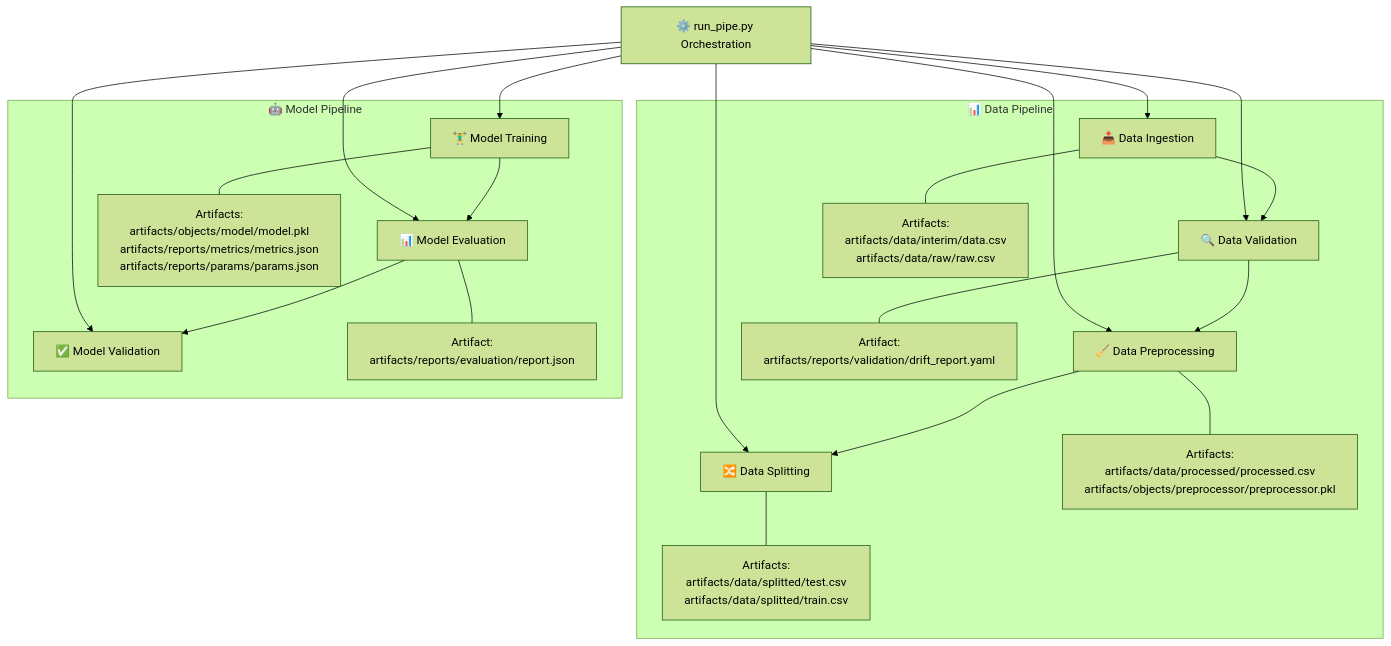
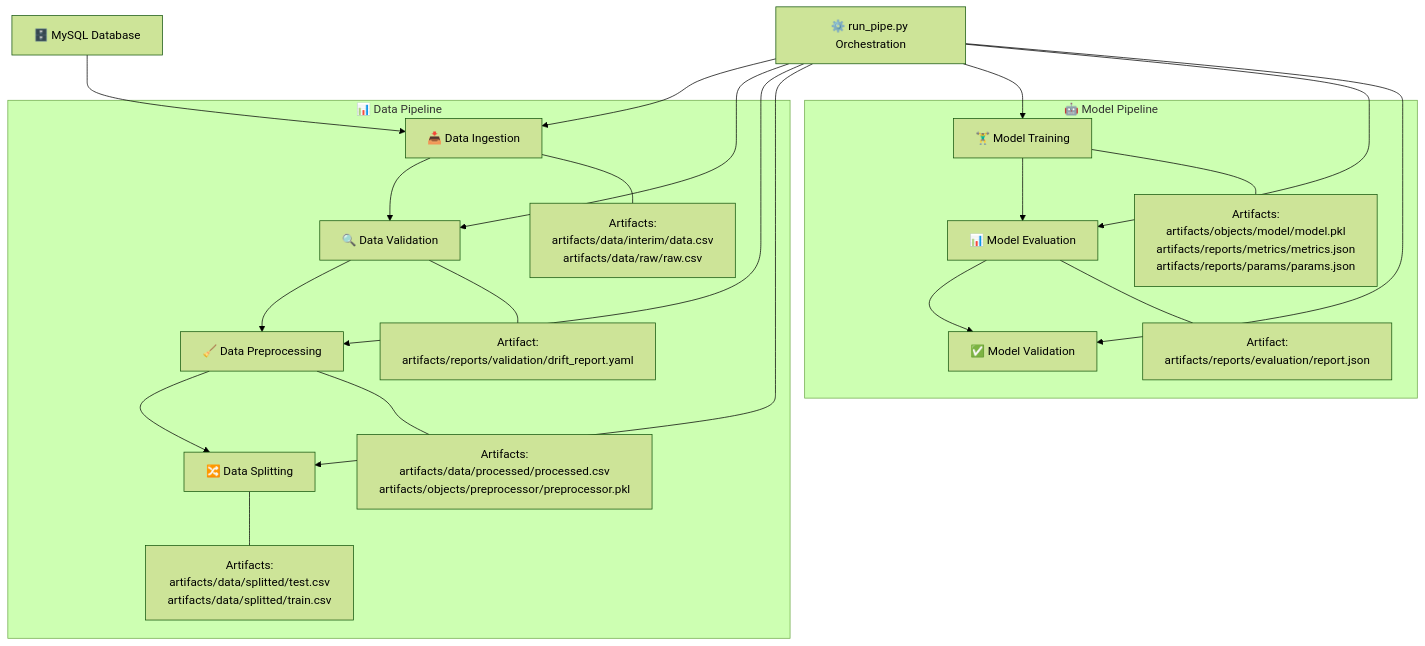
The diagram in README.md (mateen-mk/Hotel-Booking-Cancellation), drawn with Mermaid (forest theme) before and after one commit.

Commit message:
README.md updated

````diff
--- a/README.md
+++ b/README.md
@@ -157,54 +157,61 @@
 ```mermaid
 flowchart TD
+    %% Input Node for Data Ingestion
+    DB["🗄️ MySQL Database"]
+
     %% Data Pipeline Subgraph
     subgraph "📊 Data Pipeline"
-      A1[📥 Data Ingestion]
-      A2[🔍 Data Validation]
-      A3[🧹 Data Preprocessing]
-      A4[🔀 Data Splitting]
+      A1["📥 Data Ingestion"]
+      A2["🔍 Data Validation"]
+      A3["🧹 Data Preprocessing"]
+      A4["🔀 Data Splitting"]
       
       %% Artifacts for Data Pipeline
-      A1a[Artifacts:<br>artifacts/data/interim/data.csv<br>artifacts/data/raw/raw.csv]
-      A2a[Artifact:<br>artifacts/reports/validation/drift_report.yaml]
-      A3a[Artifacts:<br>artifacts/data/processed/processed.csv<br>artifacts/objects/preprocessor/preprocessor.pkl]
-      A4a[Artifacts:<br>artifacts/data/splitted/test.csv<br>artifacts/data/splitted/train.csv]
+      A1a["Artifacts:<br>artifacts/data/interim/data.csv<br>artifacts/data/raw/raw.csv"]
+      A2a["Artifact:<br>artifacts/reports/validation/drift_report.yaml"]
+      A3a["Artifacts:<br>artifacts/data/processed/processed.csv<br>artifacts/objects/preprocessor/preprocessor.pkl"]
+      A4a["Artifacts:<br>artifacts/data/splitted/test.csv<br>artifacts/data/splitted/train.csv"]
       
       A1 --> A2
       A2 --> A3
       A3 --> A4
       
       A1 --- A1a
       A2 --- A2a
       A3 --- A3a
       A4 --- A4a
     end
 
     %% Model Pipeline Subgraph
     subgraph "🤖 Model Pipeline"
-      B1[🏋️‍♂️ Model Training]
-      B2[📊 Model Evaluation]
-      B3[✅ Model Validation]
+      B1["🏋️‍♂️ Model Training"]
+      B2["📊 Model Evaluation"]
+      B3["✅ Model Validation"]
       
       %% Artifacts for Model Pipeline
-      B1a[Artifacts:<br>artifacts/objects/model/model.pkl<br>artifacts/reports/metrics/metrics.json<br>artifacts/reports/params/params.json]
-      B2a[Artifact:<br>artifacts/reports/evaluation/report.json]
+      B1a["Artifacts:<br>artifacts/objects/model/model.pkl<br>artifacts/reports/metrics/metrics.json<br>artifacts/reports/params/params.json"]
+      B2a["Artifact:<br>artifacts/reports/evaluation/report.json"]
       
       B1 --> B2
       B2 --> B3
       
       B1 --- B1a
       B2 --- B2a
     end
 
     %% Orchestration Node
-    C[⚙️ run_pipe.py Orchestration]
+    C["⚙️ run_pipe.py Orchestration"]
+
+    %% Connect Input to Data Pipeline
+    DB --> A1
 
     %% Connect orchestration to pipelines
     C --> A1
     C --> A2
     C --> A3
     C --> A4
     C --> B1
     C --> B2
     C --> B3
+
 ```
````
